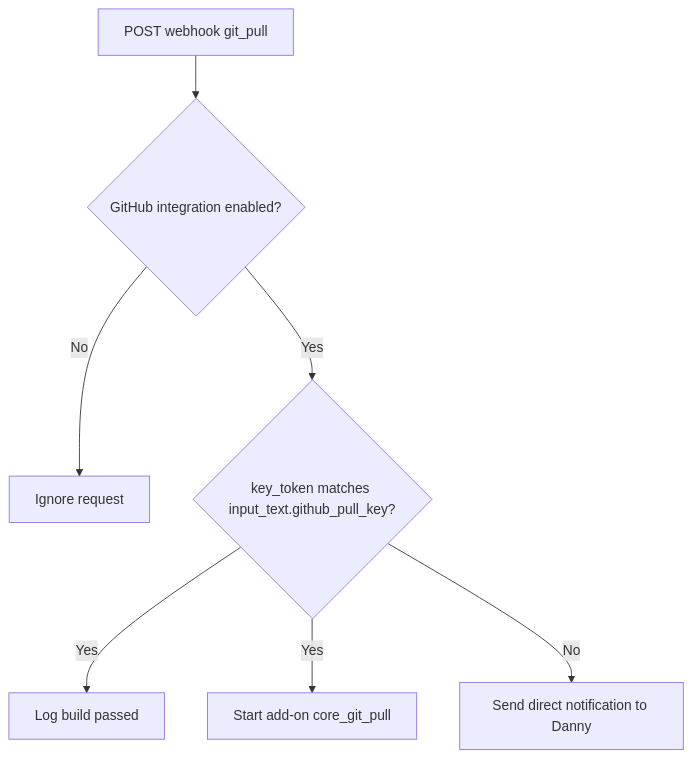
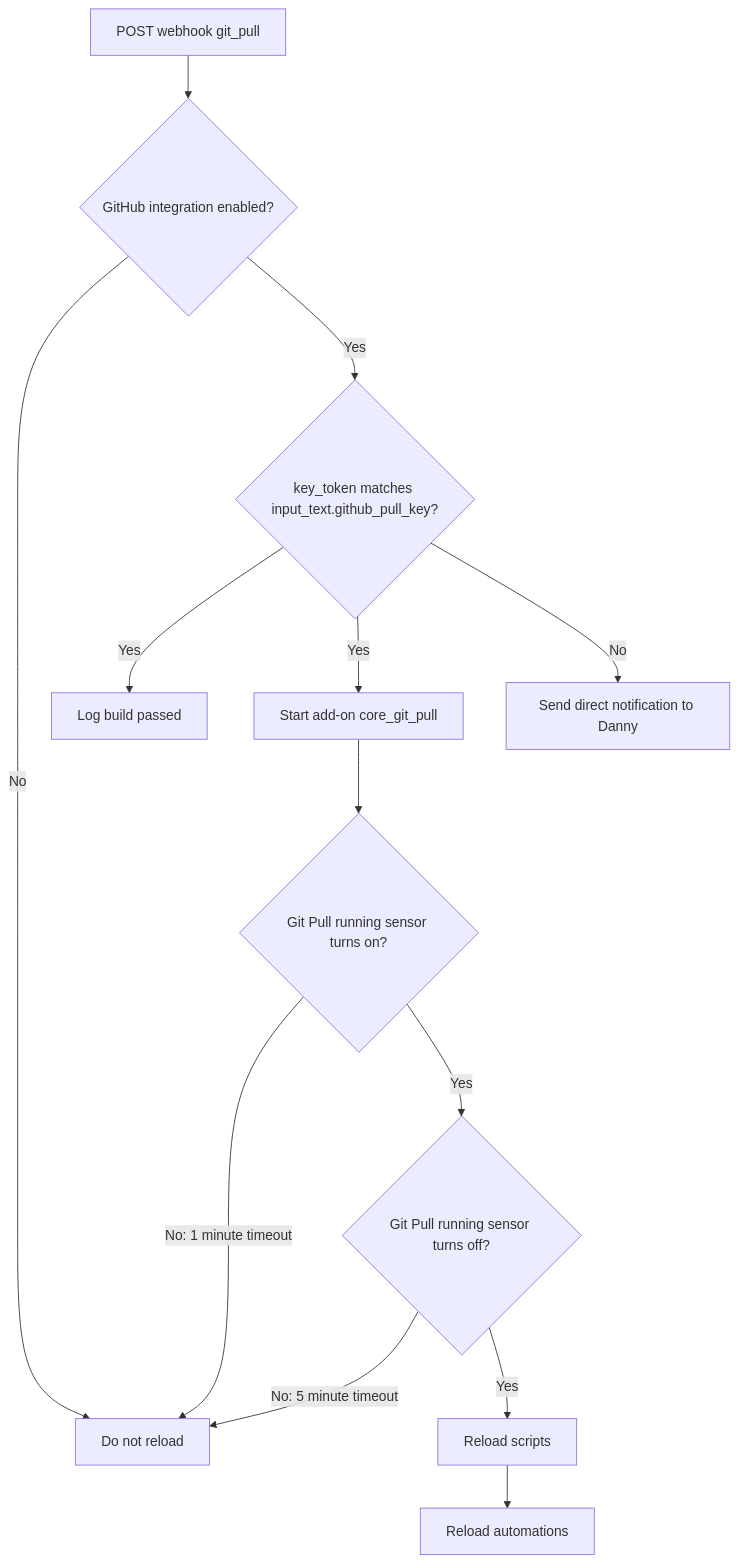
One commit to dannytsang/homeassistant-config changed the diagram in packages/integrations/git_README.md. Above: the diagram before and after it, drawn with Mermaid. The commit also changed other lines of this file and 1 other file, not shown here.

Commit message:
Reload automation after Git Pull completes

````diff
--- a/packages/integrations/git_README.md
+++ b/packages/integrations/git_README.md
@@ -27,9 +27,15 @@
 ```mermaid
 flowchart TD
     Webhook[POST webhook git_pull] --> Enabled{GitHub integration enabled?}
     Enabled -->|No| Stop[Ignore request]
     Enabled -->|Yes| Token{key_token matches input_text.github_pull_key?}
     Token -->|Yes| Log[Log build passed]
     Token -->|Yes| Pull[Start add-on core_git_pull]
+    Pull --> Running{Git Pull running sensor turns on?}
+    Running -->|No: 1 minute timeout| Stop[Do not reload]
+    Running -->|Yes| Complete{Git Pull running sensor turns off?}
+    Complete -->|No: 5 minute timeout| Stop
+    Complete -->|Yes| Scripts[Reload scripts]
+    Scripts --> Automations[Reload automations]
     Token -->|No| Alert[Send direct notification to Danny]
 ```
````
